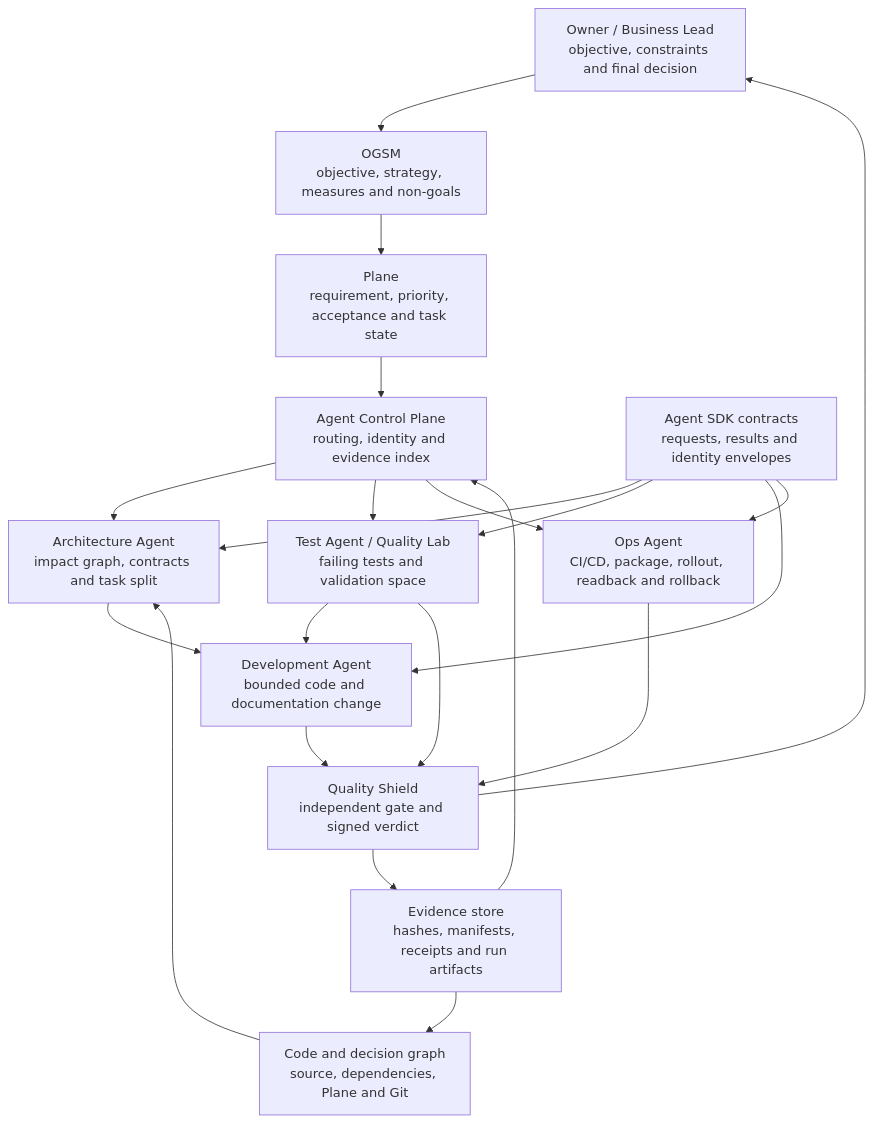
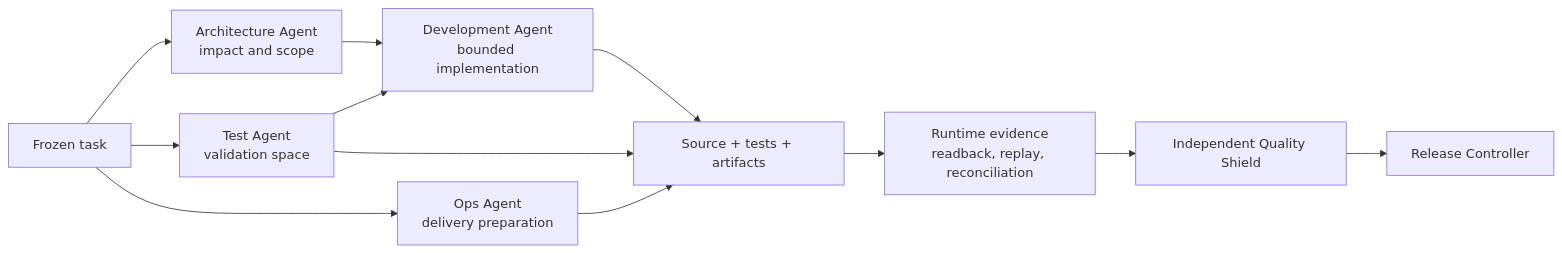
Before and after one commit to Derrickxxm/quantengine-public: the second of 2 diagrams in docs/multi_agent_public_architecture.md, drawn with Mermaid. The commit also changed other lines of this file and 31 other files, not shown here.

Commit message:
Refine evidence-controlled agent architecture

````diff
--- a/docs/multi_agent_public_architecture.md
+++ b/docs/multi_agent_public_architecture.md
@@ -33,36 +85,14 @@
 ```mermaid
-flowchart TB
-    Owner["Owner / Business Lead<br/>objective, constraints and final decision"]
-    OGSM["OGSM<br/>objective, strategy, measures and non-goals"]
-    Plane["Plane<br/>requirement, priority, acceptance and task state"]
-    Control["Agent Control Plane<br/>routing, identity and evidence index"]
-
-    Architect["Architecture Agent<br/>impact graph, contracts and task split"]
-    Test["Test Agent / Quality Lab<br/>failing tests and validation space"]
-    Dev["Development Agent<br/>bounded code and documentation change"]
-    Ops["Ops Agent<br/>CI/CD, package, rollout, readback and rollback"]
-    Shield["Quality Shield<br/>independent gate and signed verdict"]
-
-    Graph["Code and decision graph<br/>source, dependencies, Plane and Git"]
-    SDK["Agent SDK contracts<br/>requests, results and identity envelopes"]
-    Evidence["Evidence store<br/>hashes, manifests, receipts and run artifacts"]
-
-    Owner --> OGSM --> Plane --> Control
-    Graph --> Architect
-    Control --> Architect
-    Control --> Test
-    Control --> Ops
-    Architect --> Dev
+flowchart LR
+    Task["Frozen task"] --> Architect["Architecture Agent<br/>impact and scope"]
+    Task --> Test["Test Agent<br/>validation space"]
+    Architect --> Dev["Development Agent<br/>bounded implementation"]
     Test --> Dev
-    SDK --> Architect
-    SDK --> Test
-    SDK --> Dev
-    SDK --> Ops
-    Dev --> Shield
-    Test --> Shield
-    Ops --> Shield
-    Shield --> Evidence
-    Evidence --> Control
-    Shield --> Owner
-    Evidence --> Graph
+    Task --> Ops["Ops Agent<br/>delivery preparation"]
+    Dev --> CI["Source + tests + artifacts"]
+    Test --> CI
+    Ops --> CI
+    CI --> Runtime["Runtime evidence<br/>readback, replay, reconciliation"]
+    Runtime --> Quality["Independent Quality Shield"]
+    Quality --> Release["Release Controller"]
 ```
````
